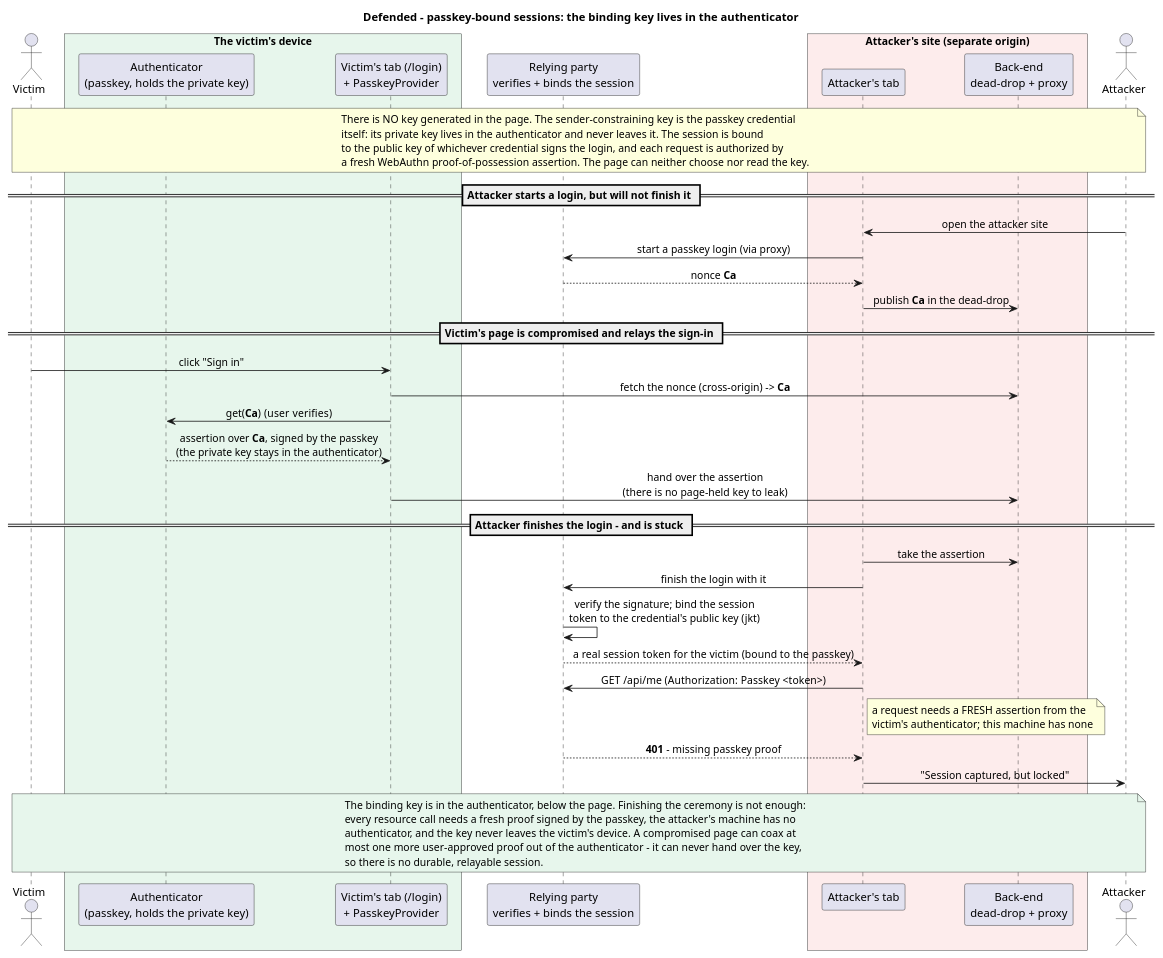
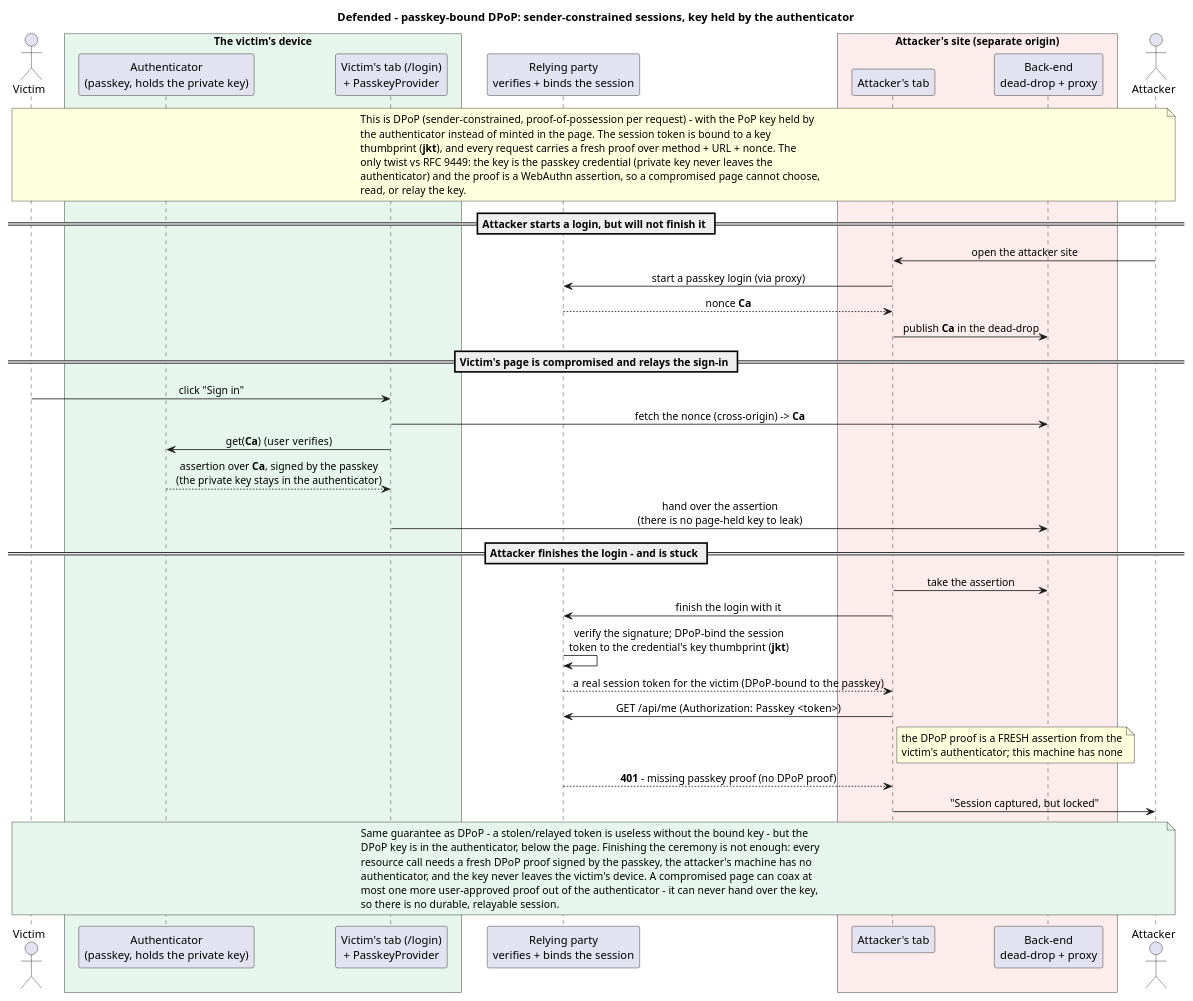
Before and after one commit to sashyo/PasstheKeys: the diagram in pocketid-demo/defended/flow.puml, drawn with PlantUML.

Commit message:
Defended diagram: name it DPoP (passkey-bound, authenticator-held key)

```diff
--- a/pocketid-demo/defended/flow.puml
+++ b/pocketid-demo/defended/flow.puml
@@ -1,60 +1,63 @@
 @startuml PassTheKeysDefended
-title Defended - passkey-bound sessions: the binding key lives in the authenticator
+title Defended - passkey-bound DPoP: sender-constrained sessions, key held by the authenticator
 
 skinparam shadowing false
 skinparam defaultFontName sans-serif
 skinparam sequenceMessageAlign center
 skinparam ParticipantPadding 14
 skinparam BoxPadding 12
 
 actor "Victim" as V
 box "The victim's device" #E7F6EC
   participant "Authenticator\n(passkey, holds the private key)" as AUTH
   participant "Victim's tab (/login)\n+ PasskeyProvider" as VP
 end box
 participant "Relying party\nverifies + binds the session" as RP
 box "Attacker's site (separate origin)" #FDECEC
   participant "Attacker's tab" as AP
   participant "Back-end\ndead-drop + proxy" as AD
 end box
 actor "Attacker" as A
 
 note across
-  There is NO key generated in the page. The sender-constraining key is the passkey credential
-  itself: its private key lives in the authenticator and never leaves it. The session is bound
-  to the public key of whichever credential signs the login, and each request is authorized by
-  a fresh WebAuthn proof-of-possession assertion. The page can neither choose nor read the key.
+  This is DPoP (sender-constrained, proof-of-possession per request) - with the PoP key held by
+  the authenticator instead of minted in the page. The session token is bound to a key
+  thumbprint (**jkt**), and every request carries a fresh proof over method + URL + nonce. The
+  only twist vs RFC 9449: the key is the passkey credential (private key never leaves the
+  authenticator) and the proof is a WebAuthn assertion, so a compromised page cannot choose,
+  read, or relay the key.
 end note
 
 == Attacker starts a login, but will not finish it ==
 A -> AP : open the attacker site
 AP -> RP : start a passkey login (via proxy)
 RP --> AP : nonce **Ca**
 AP -> AD : publish **Ca** in the dead-drop
 
 == Victim's page is compromised and relays the sign-in ==
 V -> VP : click "Sign in"
 VP -> AD : fetch the nonce (cross-origin) -> **Ca**
 VP -> AUTH : get(**Ca**)  (user verifies)
 AUTH --> VP : assertion over **Ca**, signed by the passkey\n(the private key stays in the authenticator)
 VP -> AD : hand over the assertion\n(there is no page-held key to leak)
 
 == Attacker finishes the login - and is stuck ==
 AP -> AD : take the assertion
 AP -> RP : finish the login with it
-RP -> RP : verify the signature; bind the session\ntoken to the credential's public key (jkt)
-RP --> AP : a real session token for the victim  (bound to the passkey)
+RP -> RP : verify the signature; DPoP-bind the session\ntoken to the credential's key thumbprint (**jkt**)
+RP --> AP : a real session token for the victim  (DPoP-bound to the passkey)
 AP -> RP : GET /api/me  (Authorization: Passkey <token>)
-note right of AP : a request needs a FRESH assertion from the\nvictim's authenticator; this machine has none
-RP --> AP : **401** - missing passkey proof
+note right of AP : the DPoP proof is a FRESH assertion from the\nvictim's authenticator; this machine has none
+RP --> AP : **401** - missing passkey proof (no DPoP proof)
 AP -> A : "Session captured, but locked"
 
 note across #E7F6EC
-  The binding key is in the authenticator, below the page. Finishing the ceremony is not enough:
-  every resource call needs a fresh proof signed by the passkey, the attacker's machine has no
+  Same guarantee as DPoP - a stolen/relayed token is useless without the bound key - but the
+  DPoP key is in the authenticator, below the page. Finishing the ceremony is not enough: every
+  resource call needs a fresh DPoP proof signed by the passkey, the attacker's machine has no
   authenticator, and the key never leaves the victim's device. A compromised page can coax at
   most one more user-approved proof out of the authenticator - it can never hand over the key,
   so there is no durable, relayable session.
 end note
 
 @enduml
```
